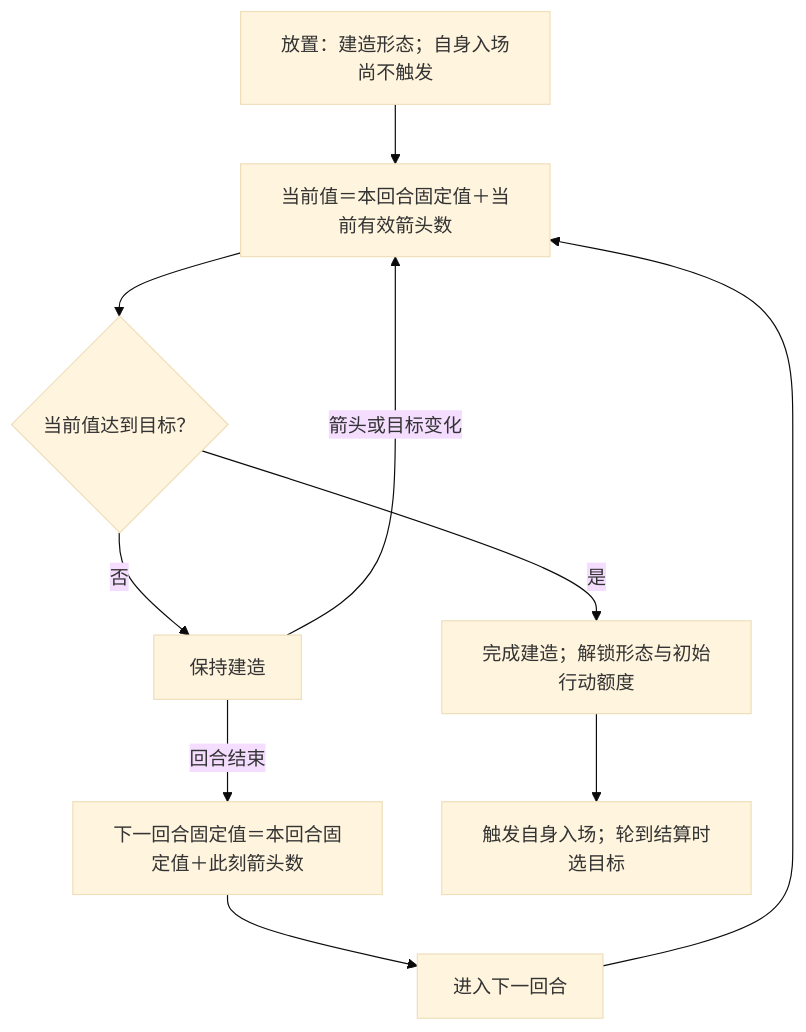
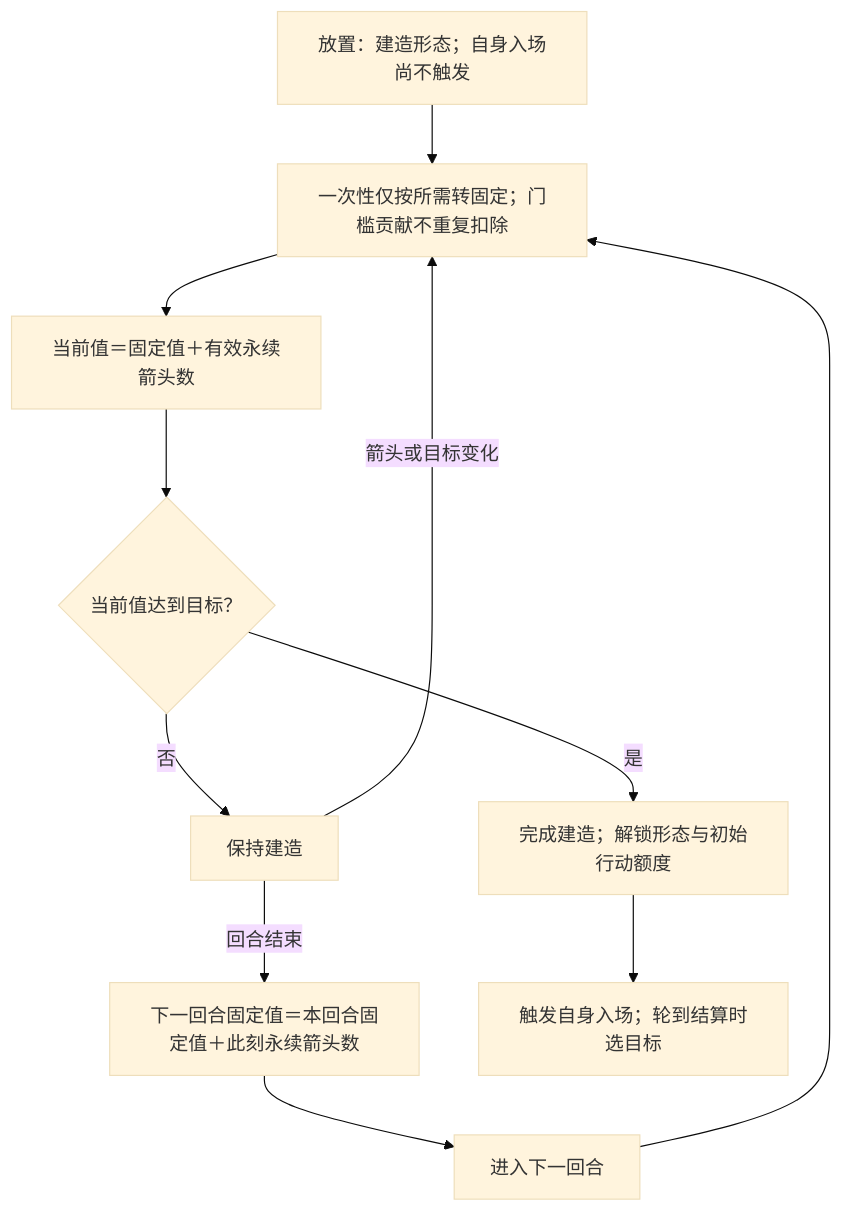
The third of 3 diagrams in docs/rules/common/actions.md (Time-Block-Hero/tbh-website), drawn with Mermaid (base theme) before and after one commit. The commit also changed other lines of this file and 8 other files, not shown here.

````diff
--- a/docs/rules/common/actions.md
+++ b/docs/rules/common/actions.md
@@ -126,12 +132,13 @@
 ```mermaid
 flowchart TD
-  place["放置：建造形态；自身入场尚不触发"] --> arrows["当前值＝本回合固定值＋当前有效箭头数"]
+  place["放置：建造形态；自身入场尚不触发"] --> convert["一次性仅按所需转固定；门槛贡献不重复扣除"]
+  convert --> arrows["当前值＝固定值＋有效永续箭头数"]
   arrows --> check{"当前值达到目标？"}
   check -->|否| wait["保持建造"]
-  wait -->|箭头或目标变化| arrows
-  wait -->|回合结束| fix["下一回合固定值＝本回合固定值＋此刻箭头数"]
+  wait -->|箭头或目标变化| convert
+  wait -->|回合结束| fix["下一回合固定值＝本回合固定值＋此刻永续箭头数"]
   fix --> next["进入下一回合"]
-  next --> arrows
+  next --> convert
   check -->|是| finish["完成建造；解锁形态与初始行动额度"]
   finish --> entry["触发自身入场；轮到结算时选目标"]
 ```
````
